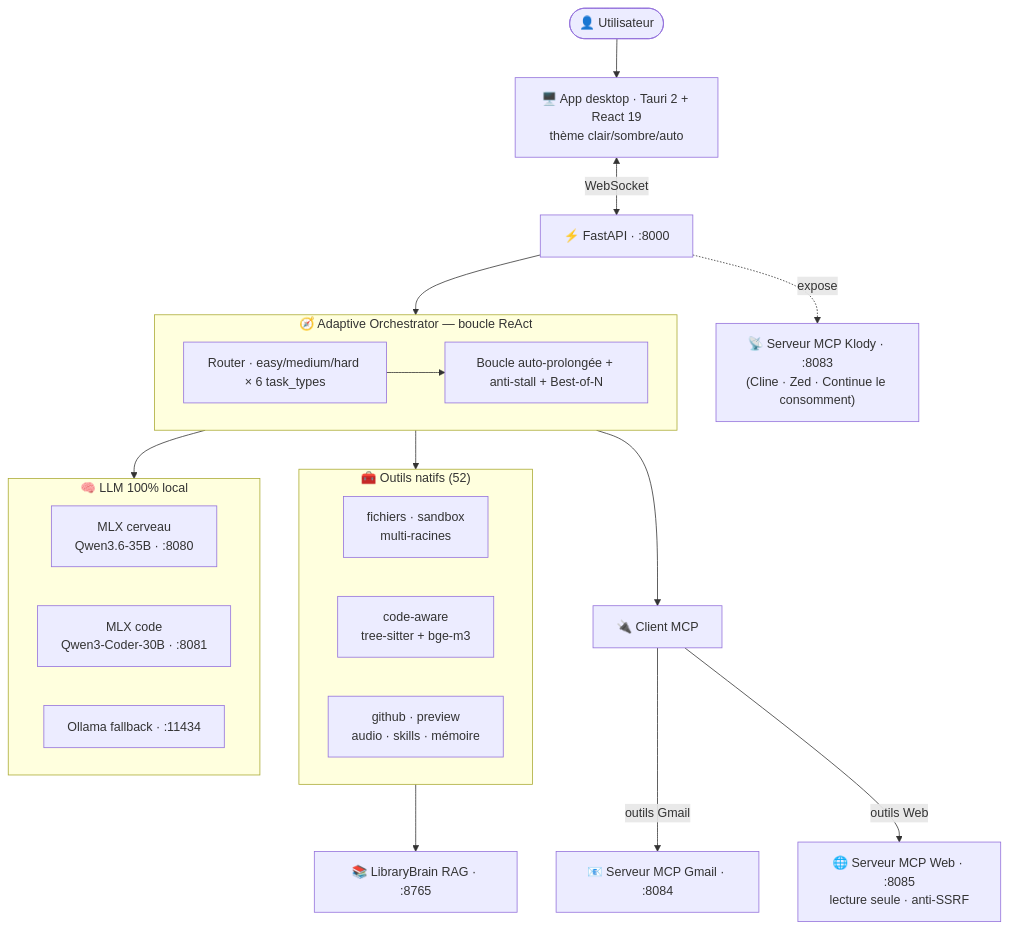
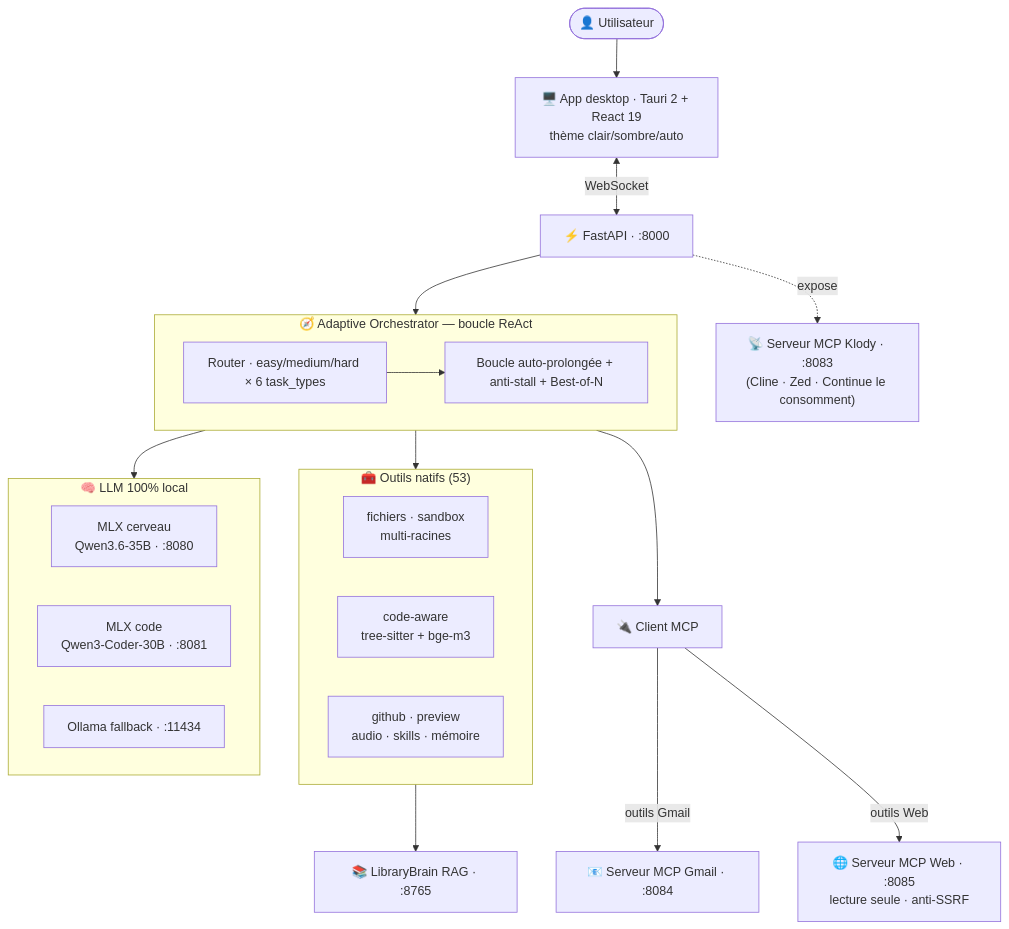
Before and after one commit to klodynlov/klody-code-ai: the diagram in README.md, drawn with Mermaid. The commit also changed other lines of this file and 6 other files, not shown here.

First line of the commit message:
feat(uml): outil generate_uml — diagramme de classes Mermaid depuis le code (#10)

````diff
--- a/README.md
+++ b/README.md
@@ -50,36 +50,36 @@
 ```mermaid
 flowchart TD
     U([👤 Utilisateur]) --> UI["🖥️ App desktop · Tauri 2 + React 19<br/>thème clair/sombre/auto"]
     UI <-->|WebSocket| API["⚡ FastAPI · :8000"]
     API --> ORCH
 
     subgraph ORCH["🧭 Adaptive Orchestrator — boucle ReAct"]
         R["Router · easy/medium/hard × 6 task_types"]
         L["Boucle auto-prolongée + anti-stall + Best-of-N"]
         R --> L
     end
 
     ORCH --> TOOLS
     ORCH --> MCPC["🔌 Client MCP"]
     ORCH --> LLM
 
-    subgraph TOOLS["🧰 Outils natifs (52)"]
+    subgraph TOOLS["🧰 Outils natifs (53)"]
         direction LR
         T1["fichiers · sandbox<br/>multi-racines"]
         T2["code-aware<br/>tree-sitter + bge-m3"]
         T3["github · preview<br/>audio · skills · mémoire"]
     end
 
     MCPC -->|outils Gmail| GM["📧 Serveur MCP Gmail · :8084"]
     MCPC -->|outils Web| WB["🌐 Serveur MCP Web · :8085<br/>lecture seule · anti-SSRF"]
 
     subgraph LLM["🧠 LLM 100% local"]
         direction LR
         B["MLX cerveau<br/>Qwen3.6-35B · :8080"]
         C["MLX code<br/>Qwen3-Coder-30B · :8081"]
         O["Ollama fallback · :11434"]
     end
 
     TOOLS --> RAG["📚 LibraryBrain RAG · :8765"]
     API -.expose.-> MCPS["📡 Serveur MCP Klody · :8083<br/>(Cline · Zed · Continue le consomment)"]
 ```
````
